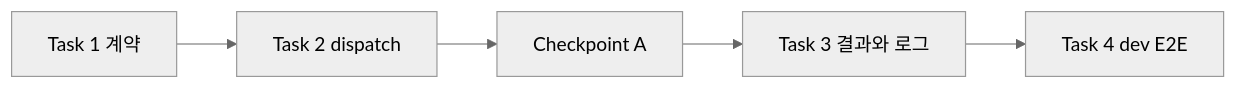
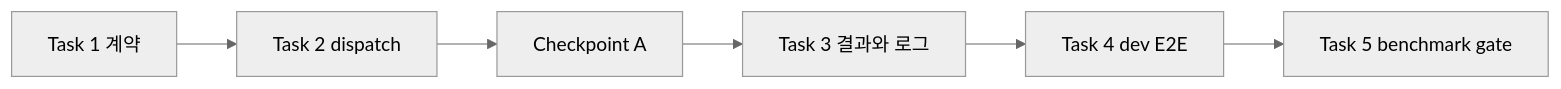
One commit to agent-architecture-lab/agent-architecture-lab changed the second of 2 diagrams in docs/superpowers/plans/2026-10-09-003-aal-agent-Discord-비동기-실행-신뢰성-설계안.md. Above: the diagram before and after it, drawn with Mermaid (neutral theme). The commit also changed other lines of this file, not shown here.

Commit message:
docs: add aal-agent benchmark promotion gate

````diff
--- a/docs/superpowers/plans/2026-10-09-003-aal-agent-Discord-비동기-실행-신뢰성-설계안.md
+++ b/docs/superpowers/plans/2026-10-09-003-aal-agent-Discord-비동기-실행-신뢰성-설계안.md
@@ -195,7 +224,8 @@
 ```mermaid
 flowchart LR
     T1[Task 1 계약] --> T2[Task 2 dispatch]
     T2 --> A[Checkpoint A]
     A --> T3[Task 3 결과와 로그]
     T3 --> T4[Task 4 dev E2E]
+    T4 --> T5[Task 5 benchmark gate]
 ```
````
